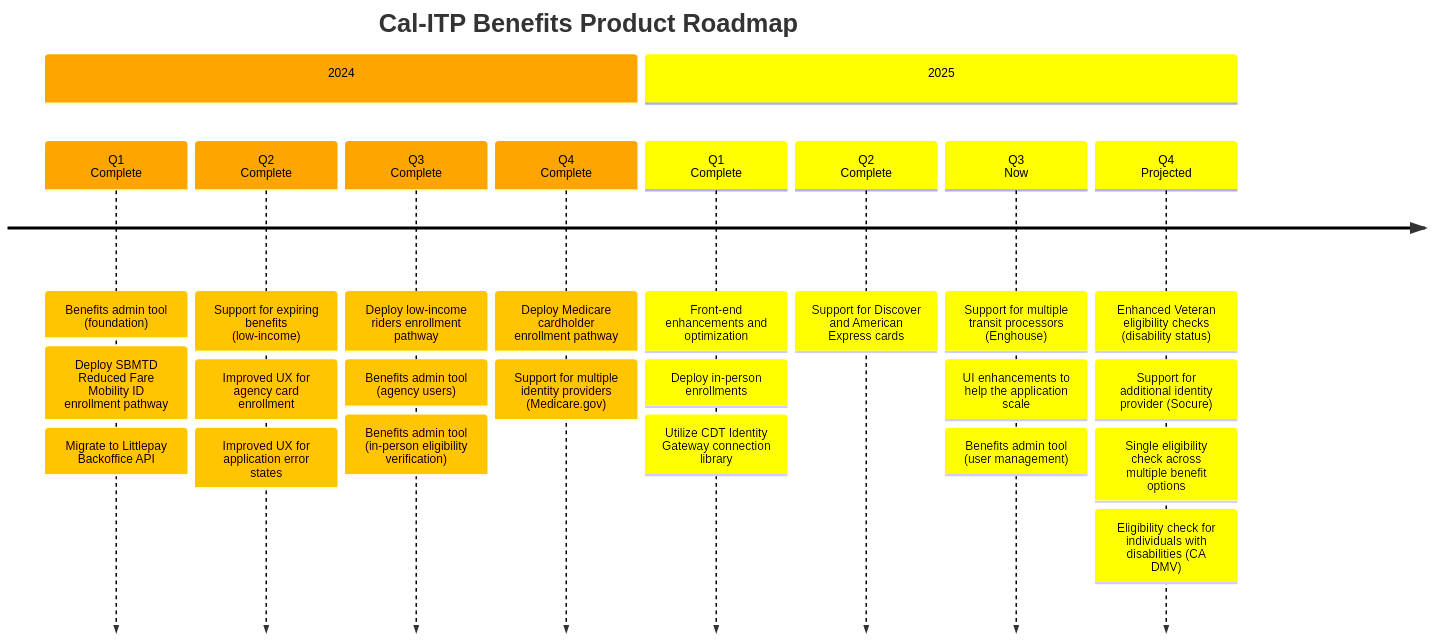
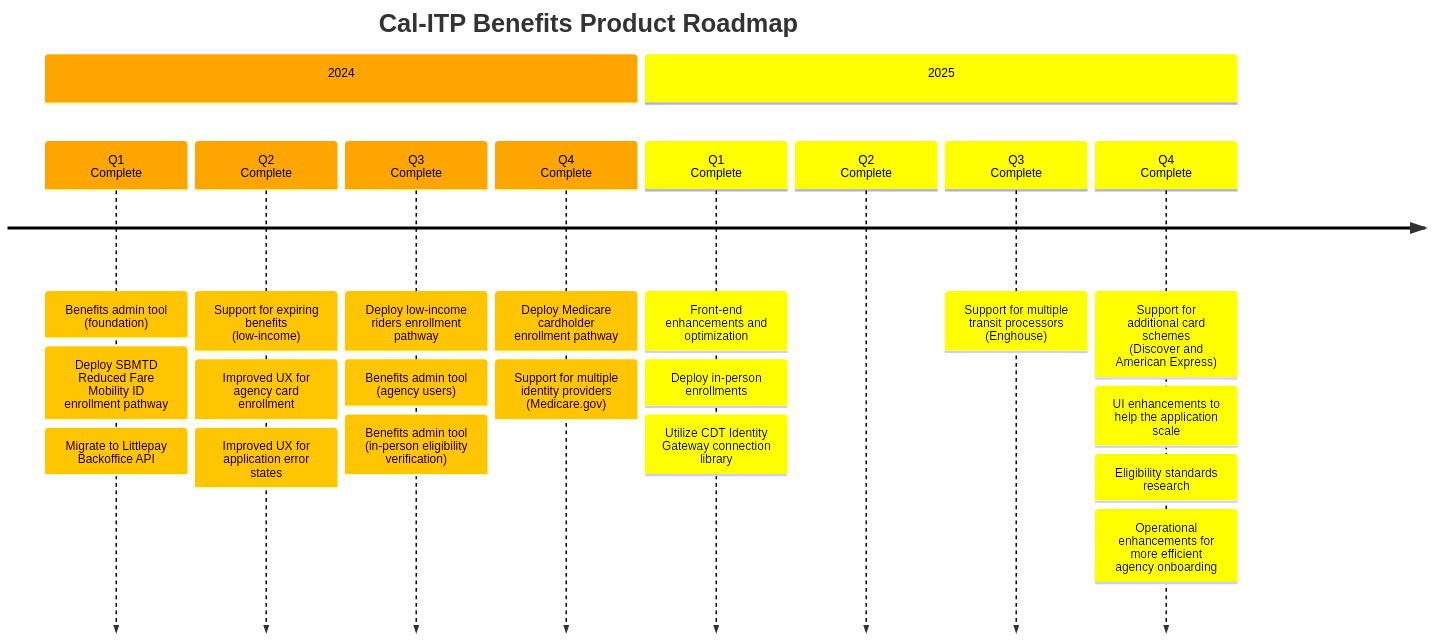
One commit to cal-itp/benefits changed the diagram in docs/index.md. Above: the diagram before and after it, drawn with Mermaid.

Commit message:
docs: product roadmap update for 2025
- revised initiatives to reflect the product's evolution in 2025

````diff
--- a/docs/index.md
+++ b/docs/index.md
@@ -26,60 +26,56 @@
 ```mermaid
 timeline
     title Cal-ITP Benefits Product Roadmap
 %% Cal-ITP Benefits Epics (2024)
           section 2024
 
           Q1<br>Complete
           : Benefits admin tool (foundation)
           : Deploy SBMTD Reduced Fare Mobility ID enrollment pathway
           : Migrate to Littlepay Backoffice API
 
           Q2<br>Complete
           : Support for expiring benefits (low-income)
           : Improved UX for agency card enrollment
           : Improved UX for application error states
 
           Q3<br>Complete
           : Deploy low-income riders enrollment pathway
           : Benefits admin tool (agency users)
           : Benefits admin tool (in-person eligibility verification)
 
           Q4<br>Complete
           : Deploy Medicare cardholder enrollment pathway
           : Support for multiple identity providers (Medicare.gov)
 
 %% Cal-ITP Benefits Epics (2025)
           section 2025
 
           Q1<br>Complete
         : Front-end enhancements and optimization
         : Deploy in-person enrollments
         : Utilize CDT Identity Gateway connection library
 
           Q2<br>Complete
-        : Support for Discover and American Express cards
+        
+          Q3<br>Complete
+        : Support for multiple transit processors (Enghouse)
 
-          Q3<br>Now
-        : Support for multiple transit processors (Enghouse)
+          Q4<br>Complete
+        : Support for additional card schemes<br>(Discover and American Express)
         : UI enhancements to help the application scale
-        : Benefits admin tool (user management)
-
-          Q4<br>Projected
-        : Enhanced Veteran eligibility checks (disability status)
-        : Support for additional identity provider (Socure)
-        : Single eligibility check across multiple benefit options
-        : Eligibility check for individuals with disabilities (CA DMV)
-
+        : Eligibility standards research
+        : Operational enhancements for more efficient agency onboarding
 %%{
   init: {
     'logLevel': 'debug',
     'theme': 'default' ,
     'themeVariables': {
       'cScale0': 'orange',
       'cScaleLabel0': 'black',
       'cScale1': 'yellow',
       'cScaleLabel1': 'black'
     }
   }
 }%%
 ```
````
